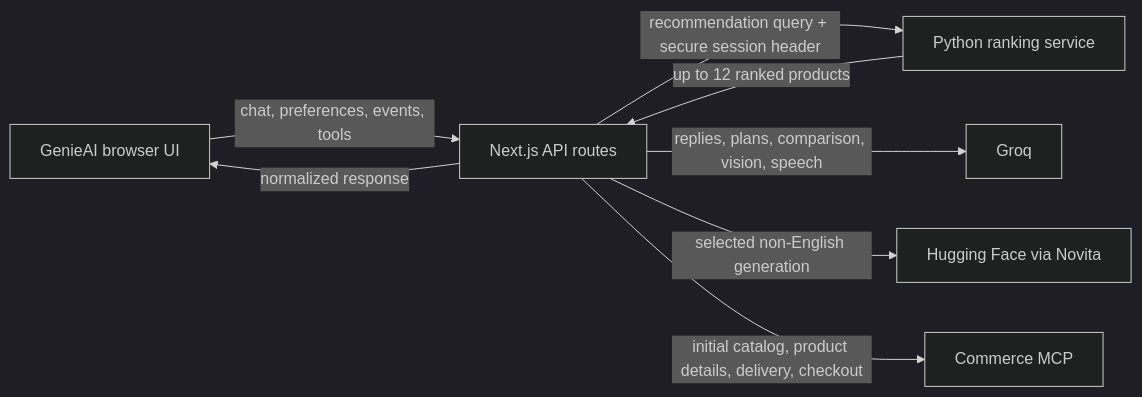
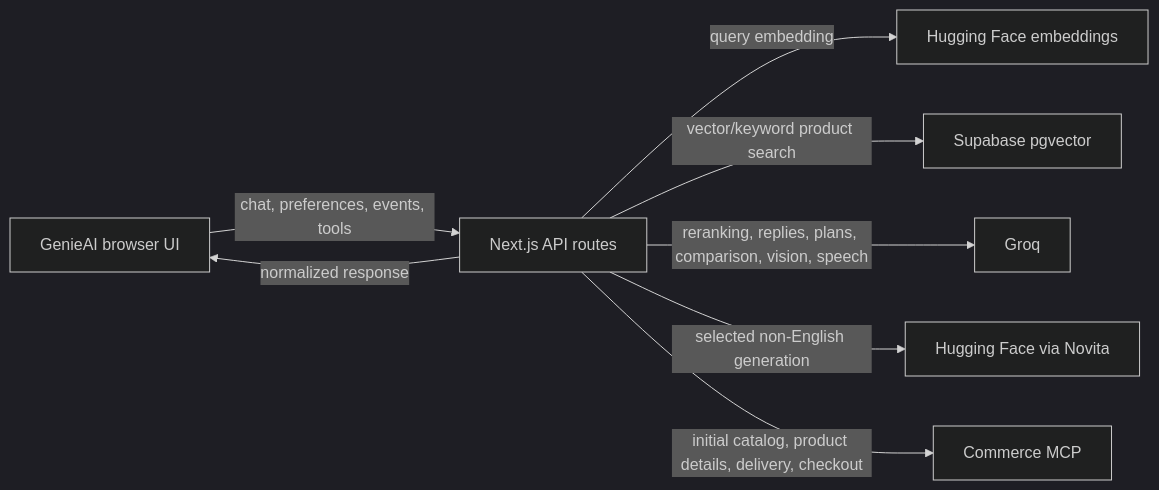
Before and after one commit to GenieAI-Development/GenieAI-frontend: the diagram in README.md, drawn with Mermaid (dark theme). The commit also changed other lines of this file and 14 other files, not shown here.

````diff
--- a/README.md
+++ b/README.md
@@ -58,17 +58,18 @@
 ```mermaid
 flowchart LR
   browser["GenieAI browser UI"]
   next["Next.js API routes"]
-  python["Python ranking service"]
+  supabase["Supabase pgvector"]
+  hf["Hugging Face embeddings"]
   groq["Groq"]
   novita["Hugging Face via Novita"]
   mcp["Commerce MCP"]
 
   browser -->|"chat, preferences, events, tools"| next
-  next -->|"recommendation query + secure session header"| python
-  python -->|"up to 12 ranked products"| next
-  next -->|"replies, plans, comparison, vision, speech"| groq
+  next -->|"query embedding"| hf
+  next -->|"vector/keyword product search"| supabase
+  next -->|"reranking, replies, plans, comparison, vision, speech"| groq
   next -->|"selected non-English generation"| novita
   next -->|"initial catalog, product details, delivery, checkout"| mcp
   next -->|"normalized response"| browser
 ```
````
